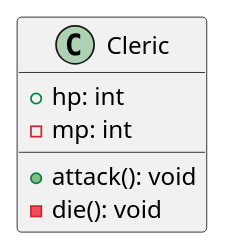
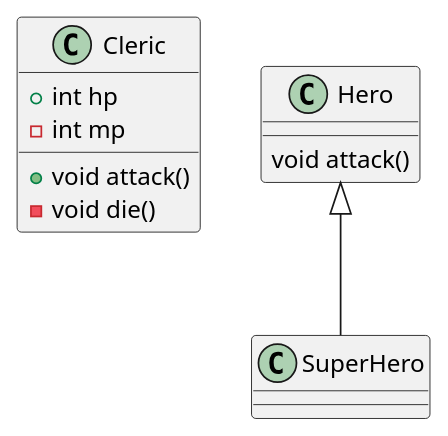
Before and after one commit to jiinaa/sesac7_dart_study: the diagram in lib/game.puml, drawn with PlantUML. The commit also changed 10 other files, not shown here.

```diff
--- a/lib/game.puml
+++ b/lib/game.puml
@@ -1,11 +1,19 @@
-@startuml
+@startuml name
 
 class Cleric{
-    + hp: int
-    - mp: int
+    + int hp
+    - int mp
 
-    + attack(): void 
-    - die(): void 
+    + void attack()
+    - void die()
+}
+
+class Hero{
+    void attack()
+}
+
+class SuperHero extends Hero{
+    
 }
 
 @enduml
```
